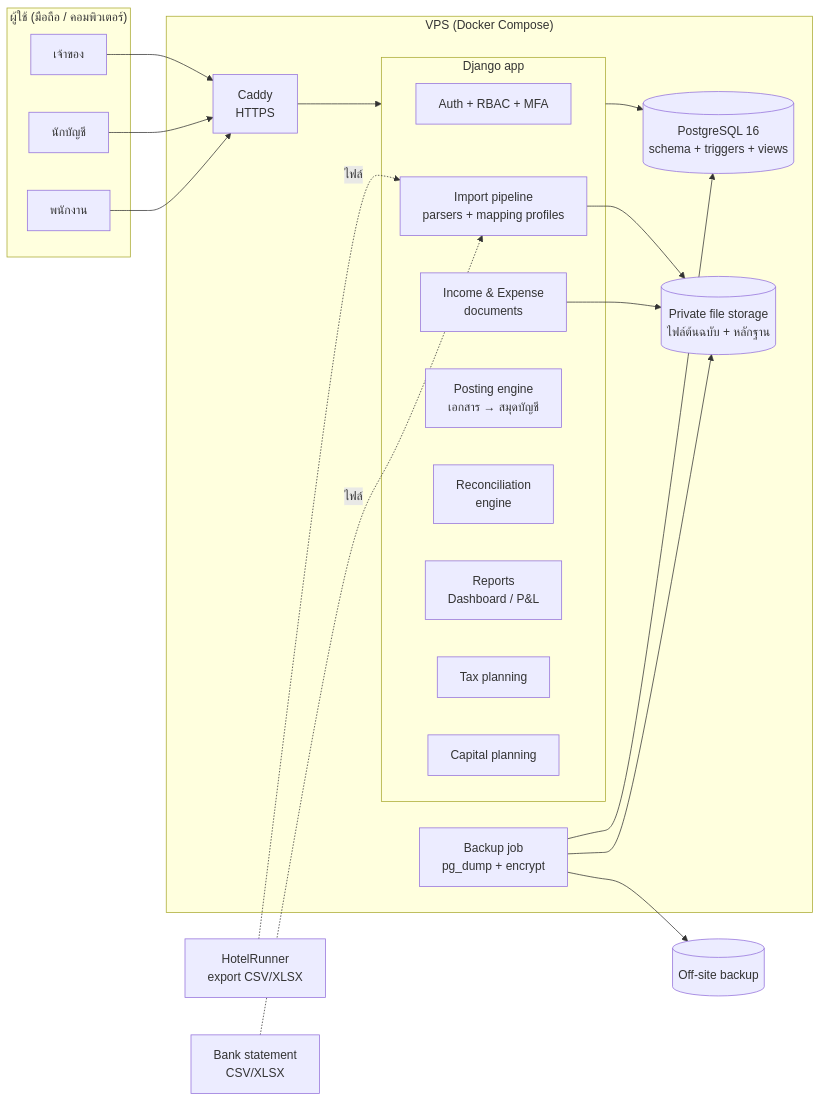
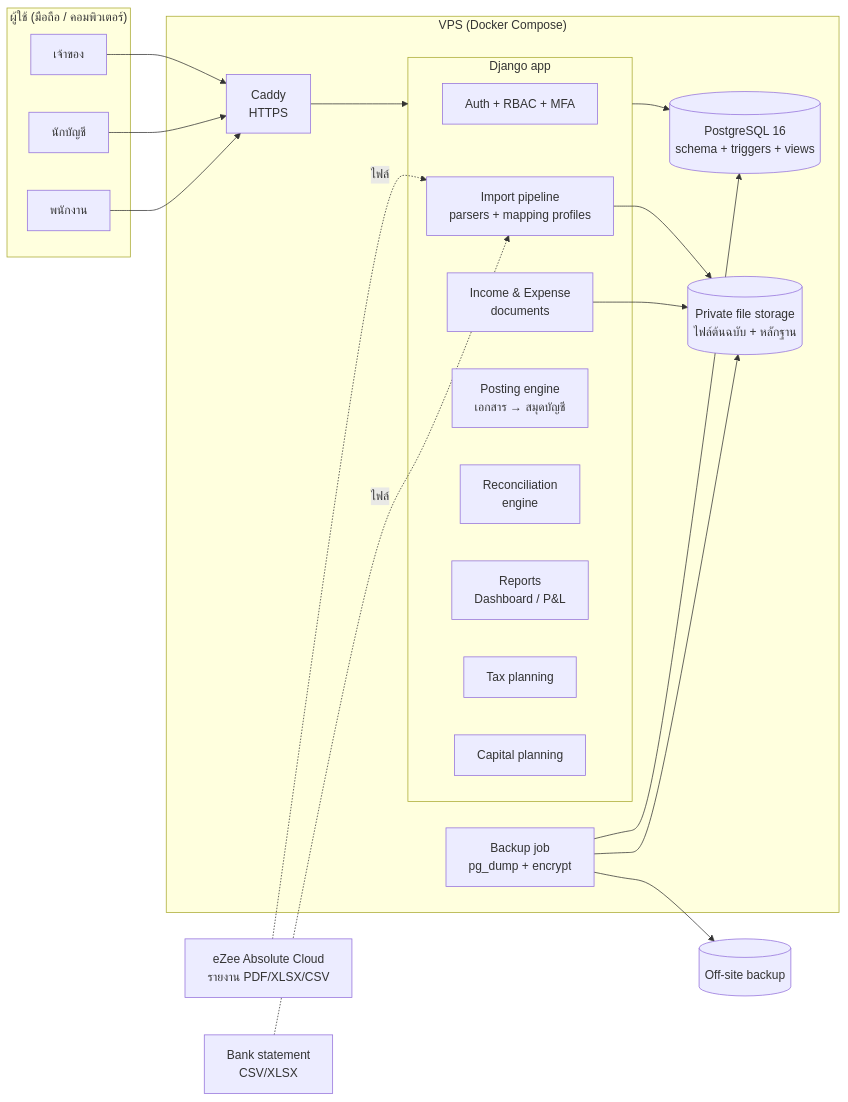
One commit to innosenze88/accounting changed the first of 3 diagrams in web/docs/phase-1/02-system-architecture.md. Above: the diagram before and after it, drawn with Mermaid. The commit also changed 10 other files, not shown here.

First line of the commit message:
Phase 1: PMS confirmed as eZee Absolute (Cloud), update docs and test data

````diff
--- a/web/docs/phase-1/02-system-architecture.md
+++ b/web/docs/phase-1/02-system-architecture.md
@@ -29,37 +29,37 @@
 ```mermaid
 flowchart LR
     subgraph Users["ผู้ใช้ (มือถือ / คอมพิวเตอร์)"]
         O[เจ้าของ]
         A[นักบัญชี]
         F[พนักงาน]
     end
     subgraph Server["VPS (Docker Compose)"]
         C[Caddy<br/>HTTPS]
         subgraph App["Django app"]
             AU[Auth + RBAC + MFA]
             IM[Import pipeline<br/>parsers + mapping profiles]
             DOC[Income & Expense<br/>documents]
             PE[Posting engine<br/>เอกสาร → สมุดบัญชี]
             RC[Reconciliation<br/>engine]
             RP[Reports<br/>Dashboard / P&L]
             TX[Tax planning]
             CP[Capital planning]
         end
         DB[(PostgreSQL 16<br/>schema + triggers + views)]
         FS[(Private file storage<br/>ไฟล์ต้นฉบับ + หลักฐาน)]
         BK[Backup job<br/>pg_dump + encrypt]
     end
     OFF[(Off-site backup)]
-    HR[HotelRunner<br/>export CSV/XLSX]
+    HR[eZee Absolute Cloud<br/>รายงาน PDF/XLSX/CSV]
     BANK[Bank statement<br/>CSV/XLSX]
 
     O & A & F --> C --> App
     HR -. ไฟล์ .-> IM
     BANK -. ไฟล์ .-> IM
     App --> DB
     IM --> FS
     DOC --> FS
     BK --> DB
     BK --> FS
     BK --> OFF
 ```
````
